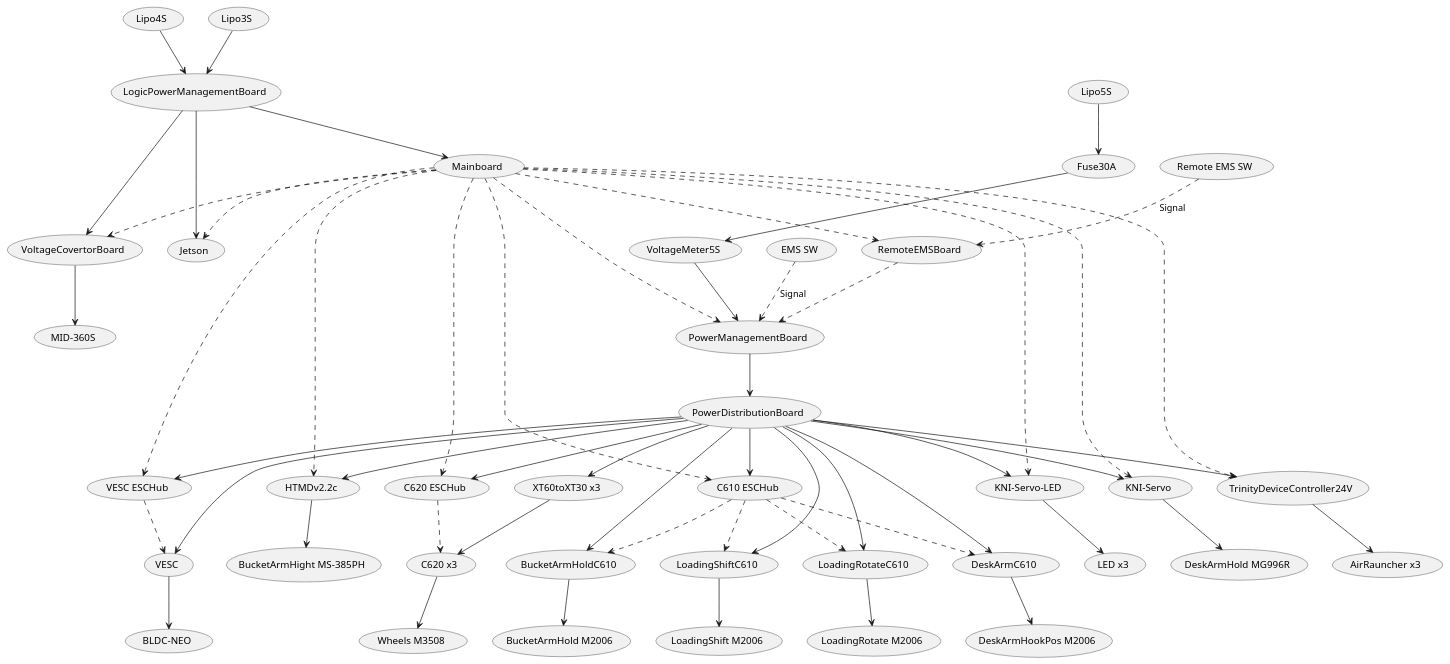
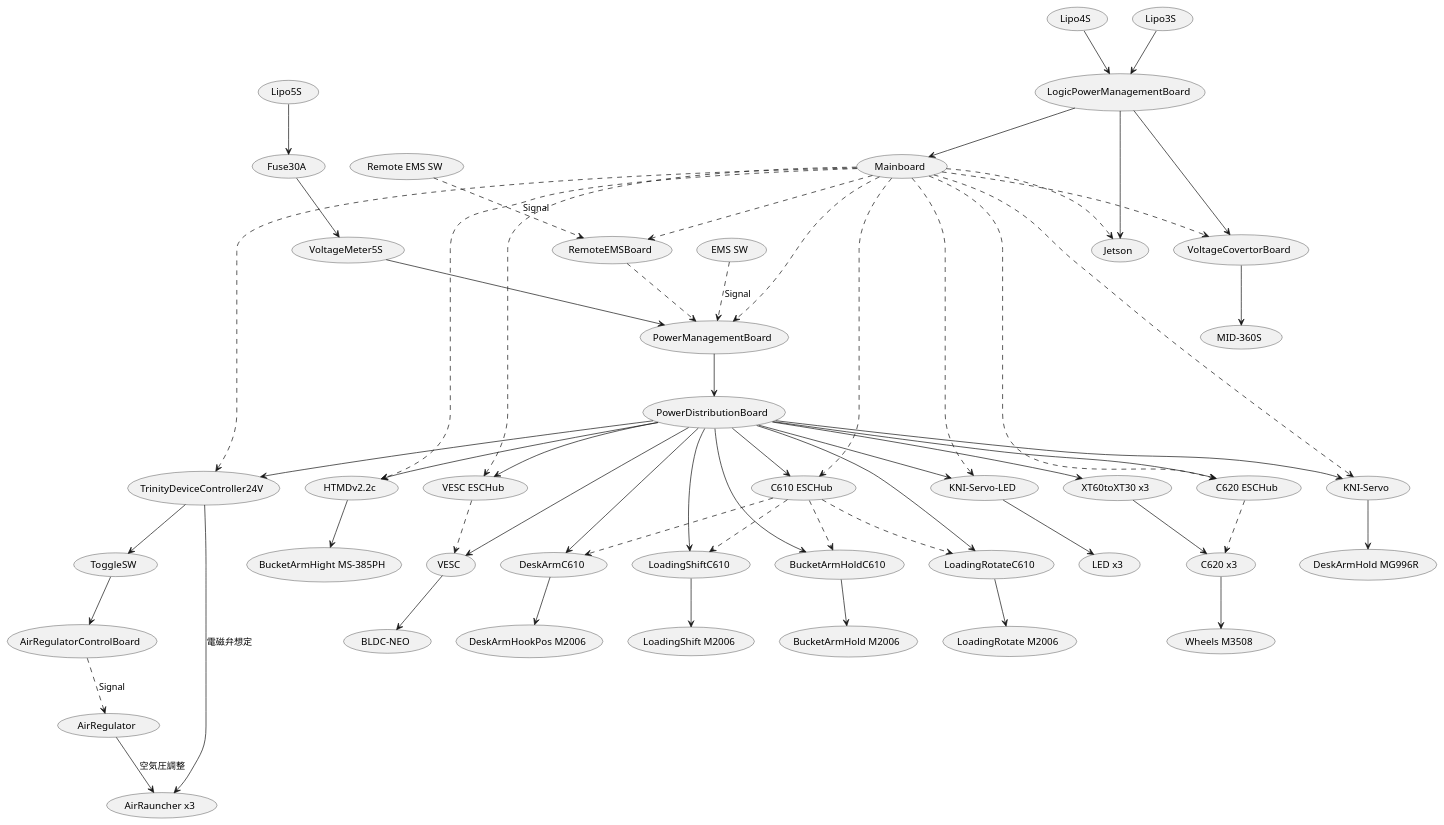
One commit to tmcit-ararobo-2026a/system-design changed the diagram in wireing/wireing_diagram.pu. Above: the diagram before and after it, drawn with PlantUML.

Commit message:
feat:Add air ragulator

```diff
--- a/wireing/wireing_diagram.pu
+++ b/wireing/wireing_diagram.pu
@@ -1,60 +1,64 @@
 @startuml Power wireing Diagram
 
 (Lipo5S) --> (Fuse30A)
 (Fuse30A) --> (VoltageMeter5S)
 (VoltageMeter5S) --> (PowerManagementBoard)
 (PowerManagementBoard) --> (PowerDistributionBoard)
 (PowerDistributionBoard) --> (VESC)
 (VESC) --> (BLDC-NEO)
 (PowerDistributionBoard) --> (XT60toXT30 x3)
 (XT60toXT30 x3) --> (C620 x3)
 (C620 x3) --> (Wheels M3508)
 (PowerDistributionBoard) --> (BucketArmHoldC610)
 (BucketArmHoldC610) --> (BucketArmHold M2006)
 (PowerDistributionBoard) --> (LoadingShiftC610)
 (LoadingShiftC610) --> (LoadingShift M2006)
 (PowerDistributionBoard) --> (LoadingRotateC610)
 (LoadingRotateC610) --> (LoadingRotate M2006)
 (PowerDistributionBoard) --> (HTMDv2.2c)
 (HTMDv2.2c) --> (BucketArmHight MS-385PH)
 (PowerDistributionBoard) --> (DeskArmC610)
 (DeskArmC610) --> (DeskArmHookPos M2006)
 (PowerDistributionBoard) --> (KNI-Servo)
 (KNI-Servo) --> (DeskArmHold MG996R)
 (PowerDistributionBoard) --> (KNI-Servo-LED)
 (KNI-Servo-LED) --> (LED x3)
 (PowerDistributionBoard) --> (TrinityDeviceController24V)
-(TrinityDeviceController24V) --> (AirRauncher x3)
+(TrinityDeviceController24V) --> (AirRauncher x3) : 電磁弁想定
+(TrinityDeviceController24V) --> (ToggleSW)
+(ToggleSW) --> (AirRegulatorControlBoard)
+(AirRegulatorControlBoard) ..> (AirRegulator) : Signal
+(AirRegulator) --> (AirRauncher x3) : 空気圧調整
 (PowerDistributionBoard) --> (C620 ESCHub)
 (PowerDistributionBoard) --> (C610 ESCHub)
 (PowerDistributionBoard) --> (VESC ESCHub)
 
 (EMS SW) ..> (PowerManagementBoard) : Signal
 (Remote EMS SW) ..> (RemoteEMSBoard) : Signal
 (RemoteEMSBoard) ..> (PowerManagementBoard)
 
 (Lipo4S) --> (LogicPowerManagementBoard)
 (Lipo3S) --> (LogicPowerManagementBoard)
 (LogicPowerManagementBoard) --> (Jetson)
 (LogicPowerManagementBoard) --> (Mainboard)
 (LogicPowerManagementBoard) --> (VoltageCovertorBoard)
 (VoltageCovertorBoard) --> (MID-360S)
 (Mainboard) ..> (C620 ESCHub)
 (C620 ESCHub) ..> (C620 x3)
 (Mainboard) ..> (C610 ESCHub)
 (C610 ESCHub) ..> (BucketArmHoldC610)
 (C610 ESCHub) ..> (LoadingShiftC610)
 (C610 ESCHub) ..> (LoadingRotateC610)
 (C610 ESCHub) ..> (DeskArmC610)
 (Mainboard) ..> (VESC ESCHub)
 (VESC ESCHub) ..> (VESC)
 (Mainboard) ..> (HTMDv2.2c)
 (Mainboard) ..> (KNI-Servo)
 (Mainboard) ..> (KNI-Servo-LED)
 (Mainboard) ..> (TrinityDeviceController24V)
 (Mainboard) ..> (Jetson)
 (Mainboard) ..> (PowerManagementBoard)
 (Mainboard) ..> (VoltageCovertorBoard)
 (Mainboard) ..> (RemoteEMSBoard)
 
 @enduml
```
